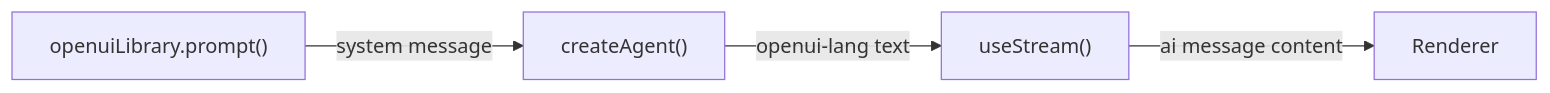
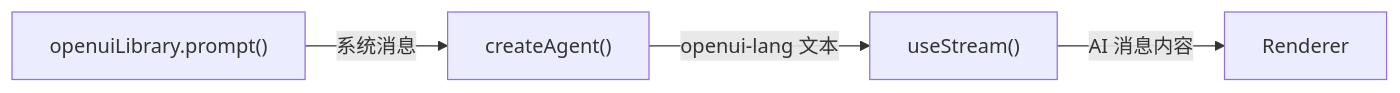
One commit to kunfan96/cndocs-langchain changed the diagram in oss/javascript/langchain/frontend/integrations/openui.mdx. Above: the diagram before and after it, drawn with Mermaid. The commit also changed other lines of this file and 2498 other files, not shown here.

````diff
--- a/oss/javascript/langchain/frontend/integrations/openui.mdx
+++ b/oss/javascript/langchain/frontend/integrations/openui.mdx
@@ -21,19 +21,19 @@
 ```mermaid
 %%{
   init: {
     "fontFamily": "monospace",
     "flowchart": {
       "curve": "curve"
     }
   }
 }%%
 graph LR
   PROMPT["openuiLibrary.prompt()"]
   AGENT["createAgent()"]
   STREAM["useStream()"]
   RENDERER["Renderer"]
 
-  PROMPT --"system message"--> AGENT
-  AGENT --"openui-lang text"--> STREAM
-  STREAM --"ai message content"--> RENDERER
+  PROMPT --"系统消息"--> AGENT
+  AGENT --"openui-lang 文本"--> STREAM
+  STREAM --"AI 消息内容"--> RENDERER
 ```
````
